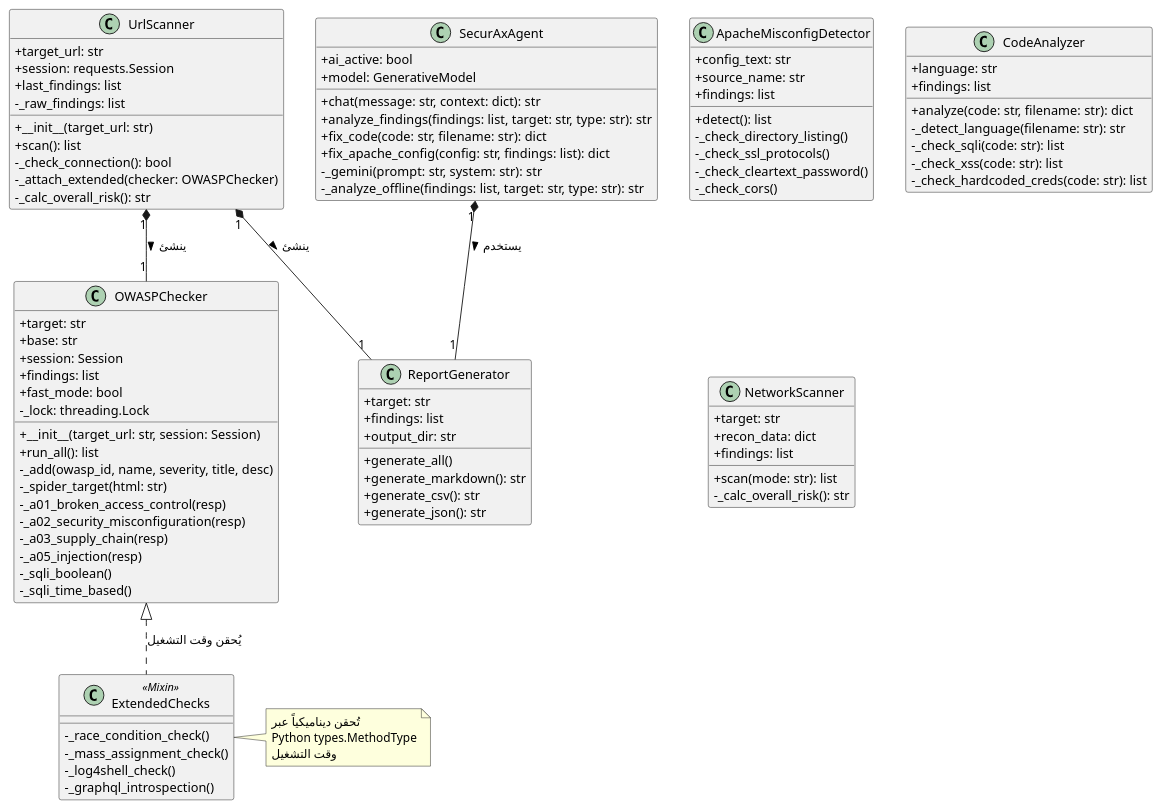
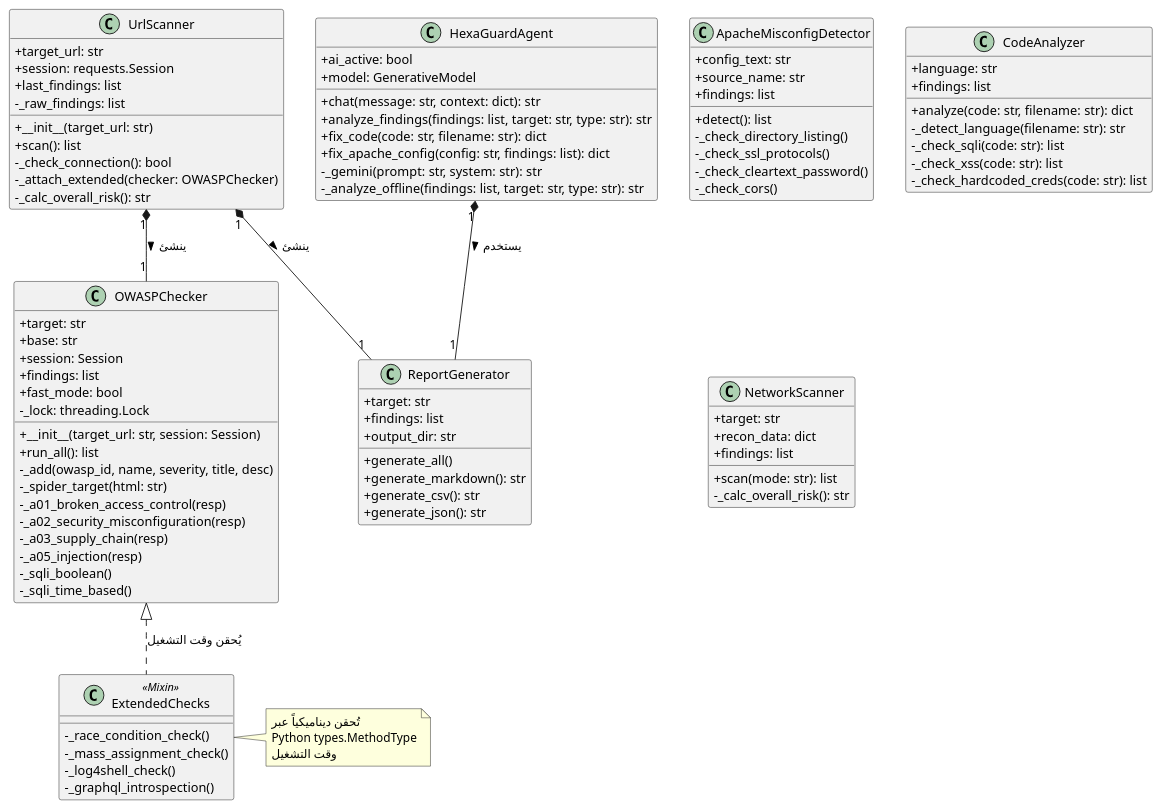
The fifth of 5 diagrams in docs/PFE_ARABIC/chapter_02_system_design.md (Abdallahbenaicha/HexaGuard), drawn with PlantUML before and after one commit. The commit also changed other lines of this file and 108 other files, not shown here.

First line of the commit message:
refactor: rename SecurAx → HexaGuard across entire codebase

```diff
--- a/docs/PFE_ARABIC/chapter_02_system_design.md
+++ b/docs/PFE_ARABIC/chapter_02_system_design.md
@@ -394,7 +394,7 @@
   - _calc_overall_risk(): str
 }
 
-class SecurAxAgent {
+class HexaGuardAgent {
   + ai_active: bool
   + model: GenerativeModel
   + chat(message: str, context: dict): str
@@ -418,7 +418,7 @@
 UrlScanner "1" *-- "1" OWASPChecker : ينشئ >
 OWASPChecker <|.. ExtendedChecks : يُحقن وقت التشغيل
 UrlScanner "1" *-- "1" ReportGenerator : ينشئ >
-SecurAxAgent "1" *-- "1" ReportGenerator : يستخدم >
+HexaGuardAgent "1" *-- "1" ReportGenerator : يستخدم >
 
 note right of ExtendedChecks: تُحقن ديناميكياً عبر\nPython types.MethodType\nوقت التشغيل
 @enduml
```
